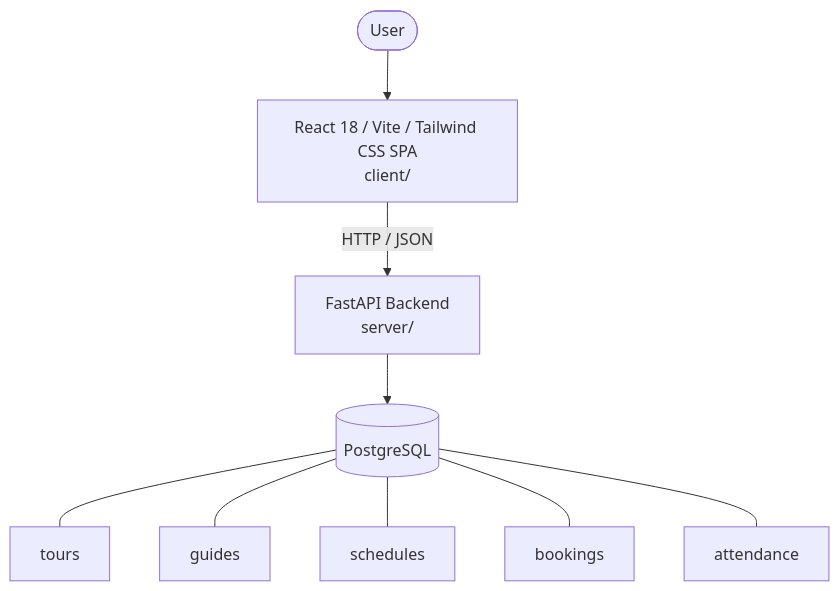
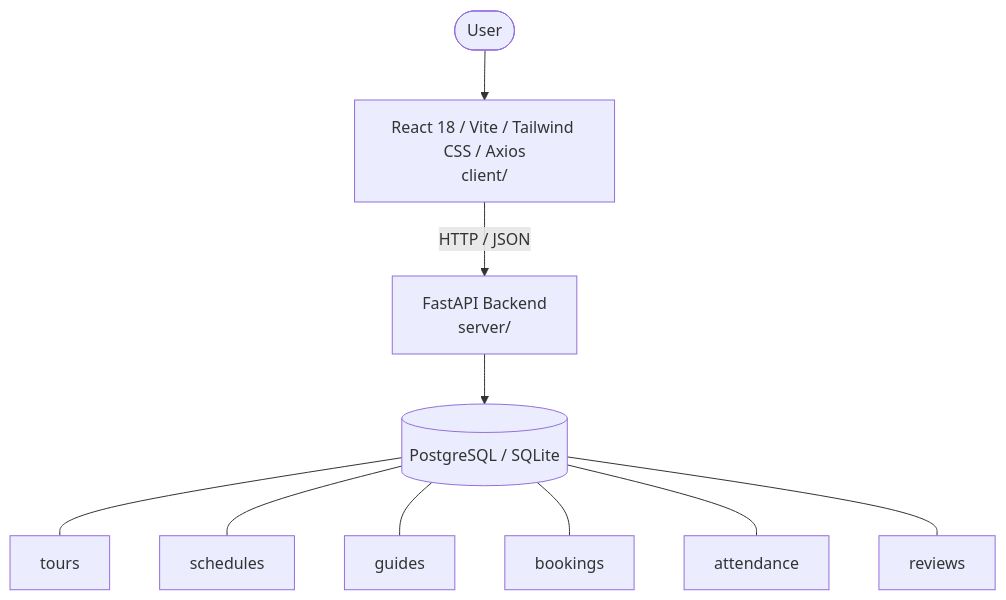
The diagram in architecture.md (p67428378-afk/test2), drawn with Mermaid before and after one commit. The commit also changed other lines of this file and 40 other files, not shown here.

````diff
--- a/architecture.md
+++ b/architecture.md
@@ -6,15 +6,16 @@
 ```mermaid
 graph TD
   User([User])
-  UI["React 18 / Vite / Tailwind CSS SPA<br/>client/"]
+  UI["React 18 / Vite / Tailwind CSS / Axios<br/>client/"]
   API["FastAPI Backend<br/>server/"]
-  DB[("PostgreSQL")]
+  DB[("PostgreSQL / SQLite")]
   User --> UI
   UI -->|HTTP / JSON| API
   API --> DB
   DB --- tbl_tours["tours"]
+  DB --- tbl_schedules["schedules"]
   DB --- tbl_guides["guides"]
-  DB --- tbl_schedules["schedules"]
   DB --- tbl_bookings["bookings"]
   DB --- tbl_attendance["attendance"]
+  DB --- tbl_reviews["reviews"]
 ```
````
